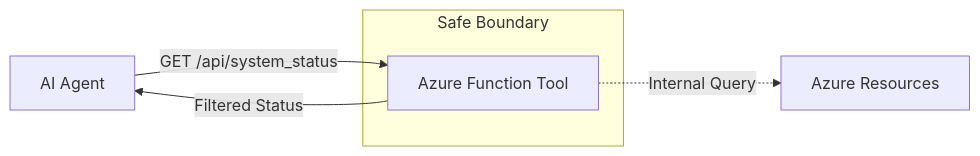
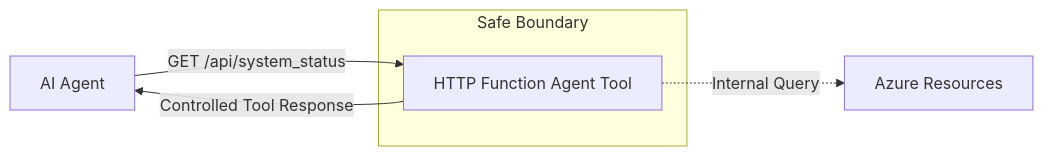
Before and after one commit to wildersa/azure_ref_kit: the diagram in building-blocks/functions/agent-tool-http-function/README.md, drawn with Mermaid. The commit also changed other lines of this file and 8 other files, not shown here.

First line of the commit message:
[FUNCTIONS-001] Add HTTP Function agent tool reference (#102)

````diff
--- a/building-blocks/functions/agent-tool-http-function/README.md
+++ b/building-blocks/functions/agent-tool-http-function/README.md
@@ -11,9 +11,9 @@
 ```mermaid
 flowchart LR
-    Agent[AI Agent] -->|GET /api/system_status| Tool[Azure Function Tool]
-    Tool -->|Filtered Status| Agent
+    Agent[AI Agent] -->|GET /api/system_status| Tool[HTTP Function Agent Tool]
+    Tool -->|Controlled Tool Response| Agent
     subgraph "Safe Boundary"
         Tool
     end
     Tool -.->|Internal Query| Azure[Azure Resources]
 ```
````
